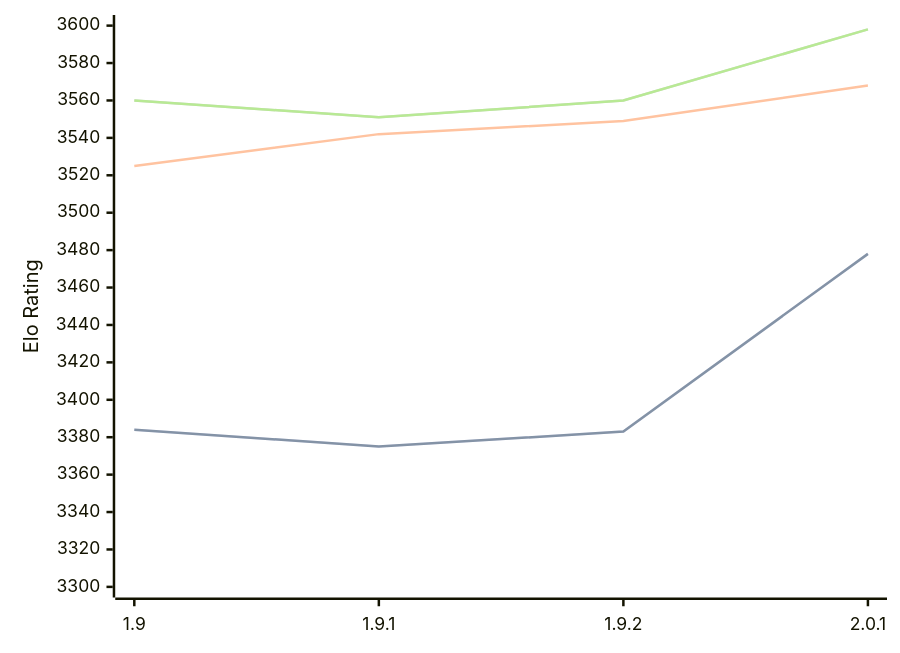
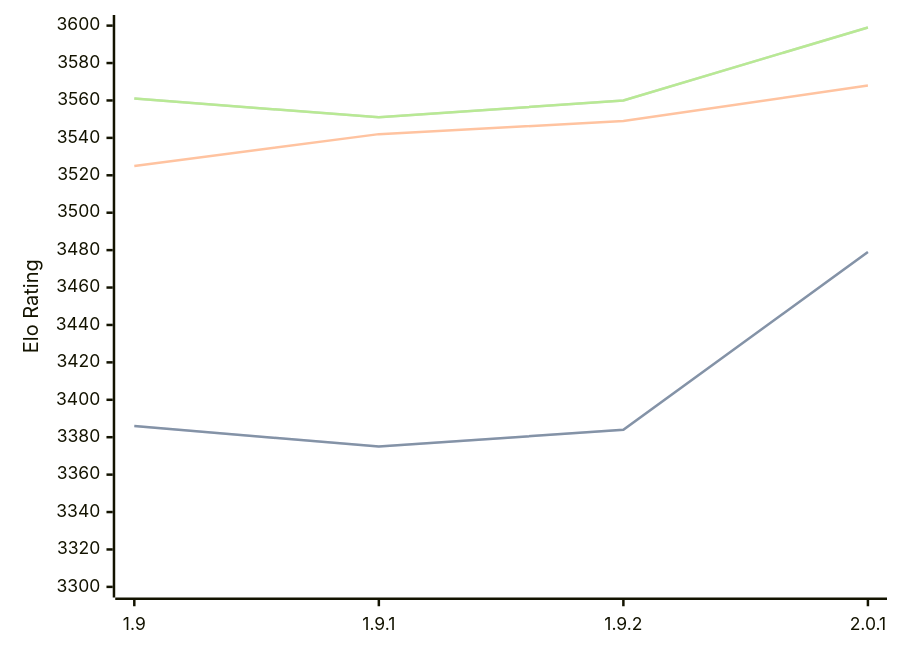
The diagram in engines/Pawnocchio.md (computer-chess-index/cci), drawn with Mermaid before and after one commit. The commit also changed other lines of this file, not shown here.

Commit message:
Update CCI Ratings (ELO VLTC) - 2026-10-02

````diff
--- a/engines/Pawnocchio.md
+++ b/engines/Pawnocchio.md
@@ -36,11 +36,11 @@
 ```mermaid
 %%{init: {"theme":"base","themeVariables":{"seriesColors:['#a3a3a3','#222221','#faa371']}}}%%
 xychart-beta
   x-axis ["1.9", "1.9.1", "1.9.2", "2.0.1"]
   y-axis "Elo Rating" 3300 --> 3600
-  line "" [3384, 3375, 3383, 3478]
-  line "STC (8.0+0.08s)" [3384, 3375, 3383, 3478]
+  line "" [3386, 3375, 3384, 3479]
+  line "STC (8.0+0.08s)" [3386, 3375, 3384, 3479]
   line "LTC (60.0+0.60s)" [3525, 3542, 3549, 3568]
-  line "" [3560, 3551, 3560, 3598]
-  line "VLTC (2m24s+1.12s)" [3560, 3551, 3560, 3598]
+  line "" [3561, 3551, 3560, 3599]
+  line "VLTC (2m24s+1.12s)" [3561, 3551, 3560, 3599]
 ```
````
